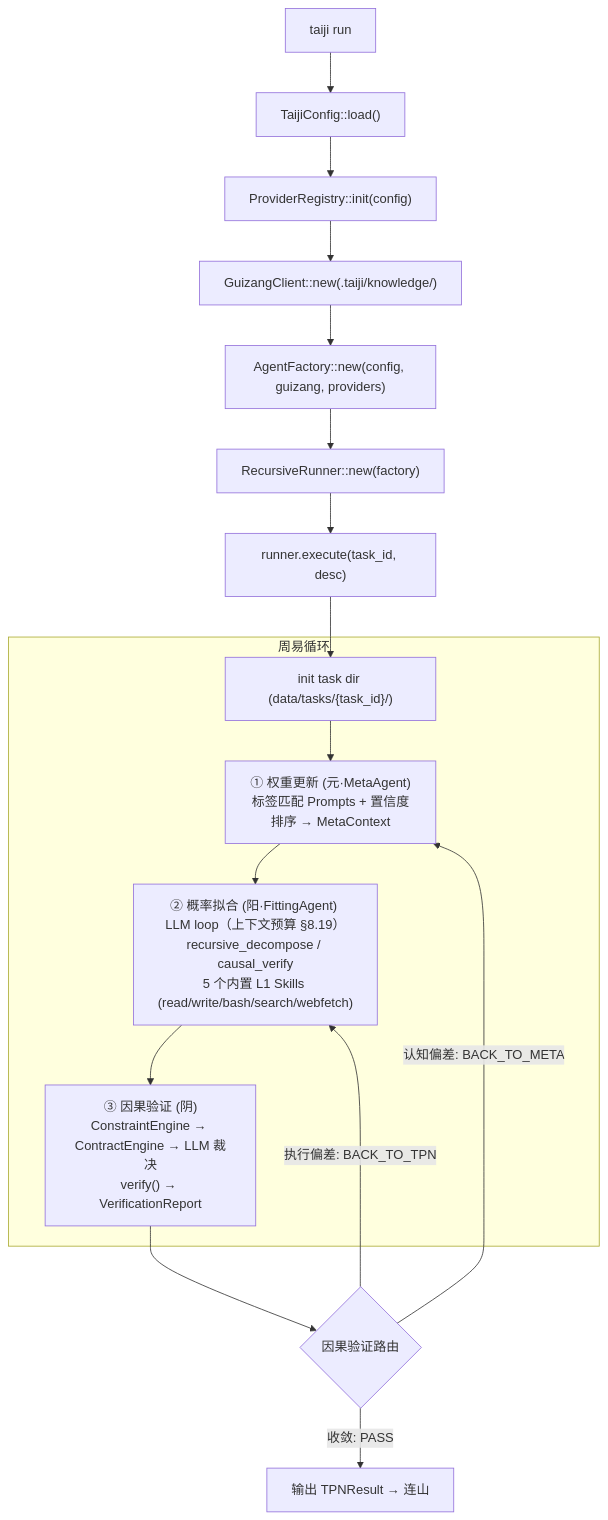
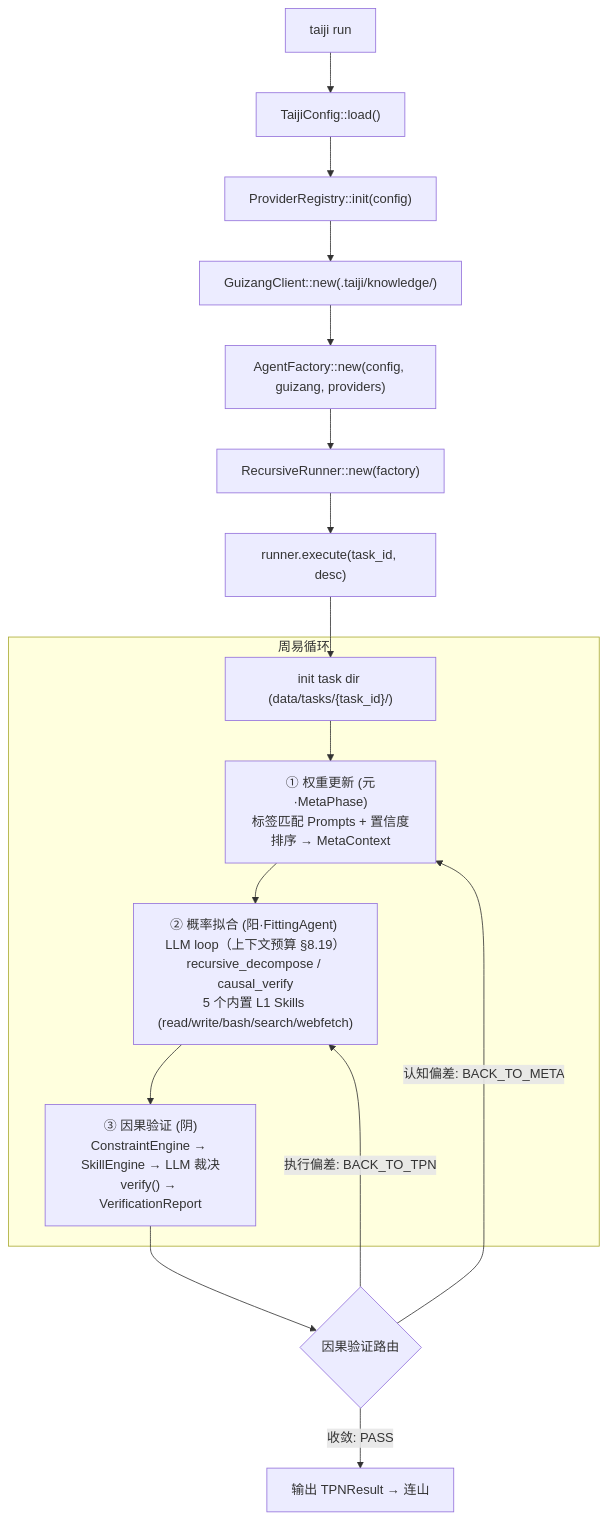
The first of 7 diagrams in BCP-蓝图-完型协议.md (wenge6090-tech/taiji), drawn with Mermaid before and after one commit. The commit also changed other lines of this file and 37 other files, not shown here.

First line of the commit message:
feat: V43 归藏 Skills 子树 — SkillEngine 重命名 + converge Skill 补齐 + verifications 废弃

````diff
--- a/BCP-蓝图-完型协议.md
+++ b/BCP-蓝图-完型协议.md
@@ -297,21 +297,21 @@
 ```mermaid
 flowchart TD
     USER["taiji run <description>"] --> CONFIG["TaijiConfig::load()"]
     CONFIG --> PVR["ProviderRegistry::init(config)"]
     PVR --> GUIZANG["GuizangClient::new(.taiji/knowledge/)"]
     GUIZANG --> FACTORY["AgentFactory::new(config, guizang, providers)"]
     FACTORY --> RUNNER["RecursiveRunner::new(factory)"]
     RUNNER --> EXECUTE["runner.execute(task_id, desc)"]
     EXECUTE --> INIT["init task dir (data/tasks/{task_id}/)"]
 
     subgraph "周易循环"
-        INIT --> META["① 权重更新 (元·MetaAgent)\n标签匹配 Prompts + 置信度排序 → MetaContext"]
+        INIT --> META["① 权重更新 (元·MetaPhase)\n标签匹配 Prompts + 置信度排序 → MetaContext"]
         META -->         FIT["② 概率拟合 (阳·FittingAgent) LLM loop（上下文预算 §8.19）\nrecursive_decompose / causal_verify\n5 个内置 L1 Skills (read/write/bash/search/webfetch)"]
-        FIT --> VERIFY["③ 因果验证 (阴)\nConstraintEngine → ContractEngine → LLM 裁决\nverify() → VerificationReport"]
+        FIT --> VERIFY["③ 因果验证 (阴)\nConstraintEngine → SkillEngine → LLM 裁决\nverify() → VerificationReport"]
     end
 
     VERIFY --> ROUTE{"因果验证路由"}
     ROUTE -->|"执行偏差: BACK_TO_TPN"| FIT
     ROUTE -->|"认知偏差: BACK_TO_META"| META
     ROUTE -->|"收敛: PASS"| DONE["输出 TPNResult → 连山"]
 ```
````
